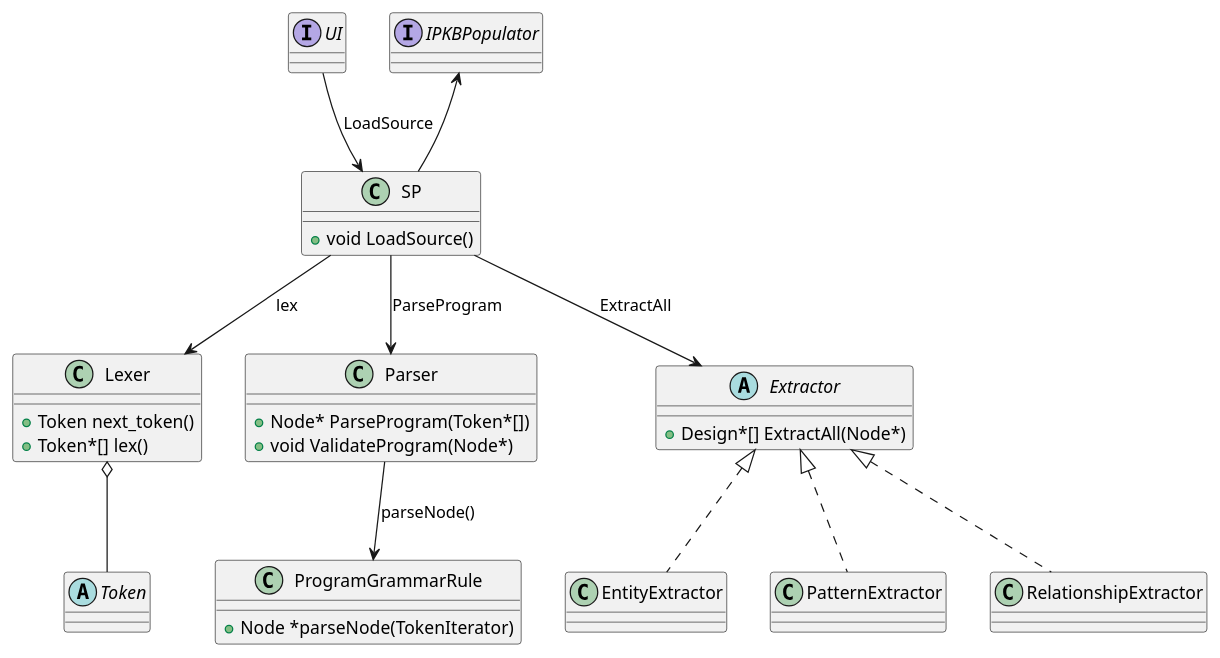
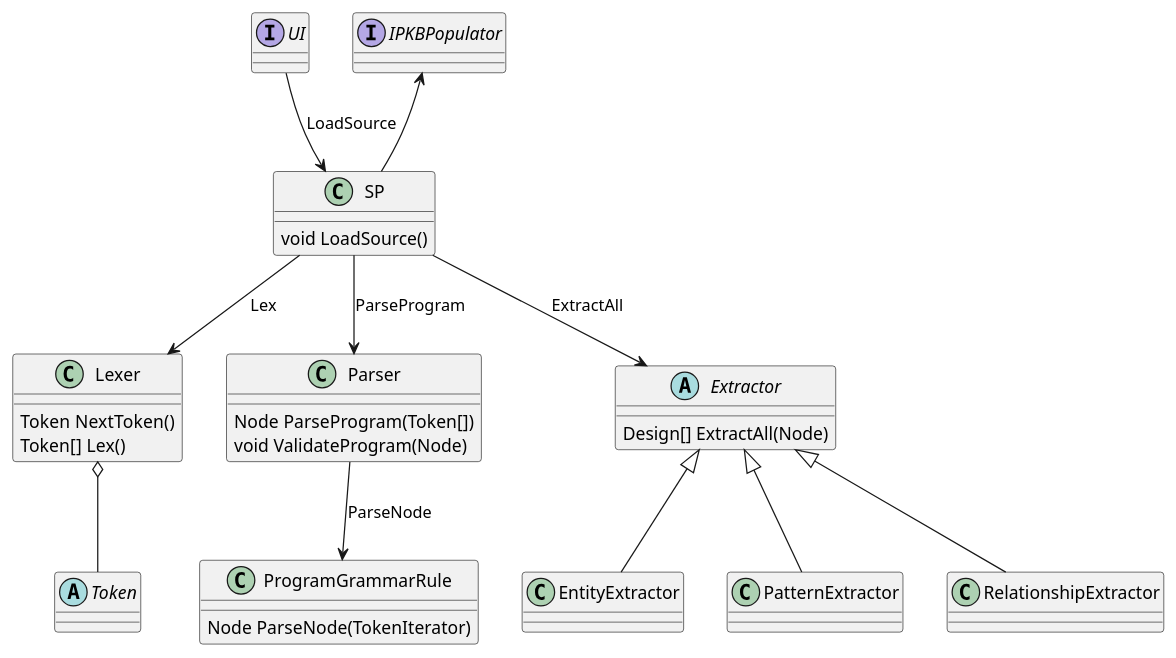
Before and after one commit to mazx4960/static-analyzer: the diagram in docs/diagrams/SPClassDiagram.puml, drawn with PlantUML. The commit also changed 48 other files, not shown here.

```diff
--- a/docs/diagrams/SPClassDiagram.puml
+++ b/docs/diagrams/SPClassDiagram.puml
@@ -1,44 +1,44 @@
 @startuml
 
 interface UI
 interface IPKBPopulator
 
 class SP {
-    +void LoadSource()
+    void LoadSource()
 }
 class Lexer {
-    +Token next_token()
-    +Token*[] lex()
+    Token NextToken()
+    Token[] Lex()
 }
 abstract class Token
 
 class Parser {
-    +Node* ParseProgram(Token*[])
-    +void ValidateProgram(Node*)
+    Node ParseProgram(Token[])
+    void ValidateProgram(Node)
 }
 class ProgramGrammarRule {
-    +Node *parseNode(TokenIterator)
+    Node ParseNode(TokenIterator)
 }
 
 abstract class Extractor {
-    +Design*[] ExtractAll(Node*)
+    Design[] ExtractAll(Node)
 }
 class EntityExtractor
 class PatternExtractor
 class RelationshipExtractor
 
 SP -up-> IPKBPopulator
 SP <-up- UI: LoadSource
 
-SP -down-> Lexer: lex
+SP -down-> Lexer: Lex
 SP -down-> Parser: ParseProgram
 SP -down-> Extractor: ExtractAll
 
 Lexer o-- Token
-Parser -down-> ProgramGrammarRule: parseNode()
+Parser -down-> ProgramGrammarRule: ParseNode
 
-Extractor <|.. EntityExtractor
-Extractor <|.. PatternExtractor
-Extractor <|.. RelationshipExtractor
+Extractor <|-down- EntityExtractor
+Extractor <|-down- PatternExtractor
+Extractor <|-down- RelationshipExtractor
 
 @enduml
```
